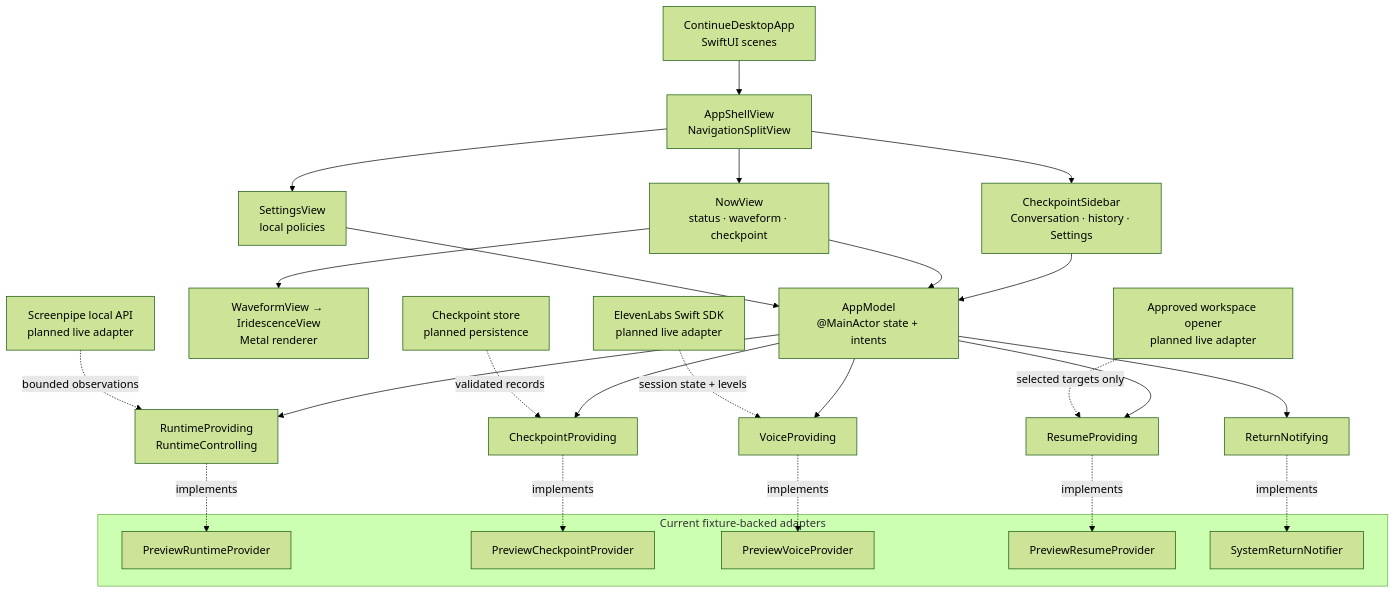
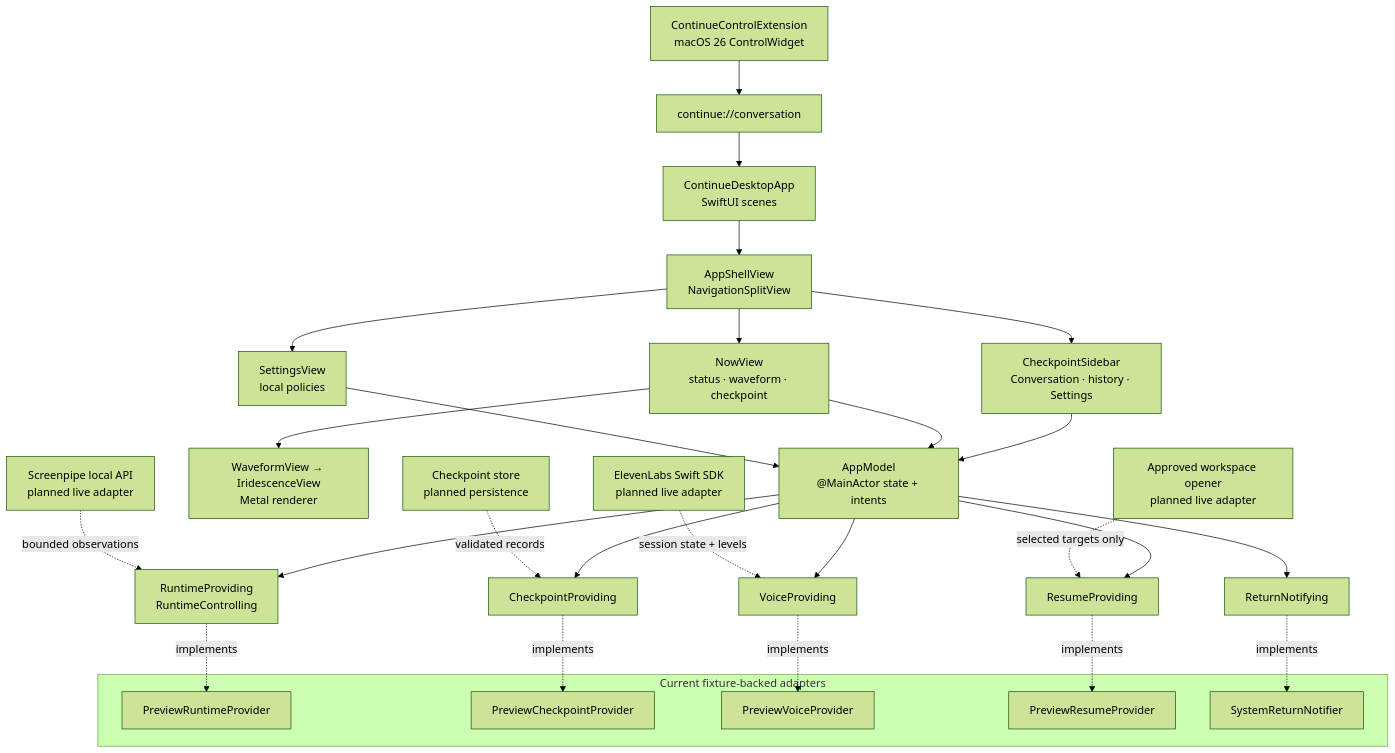
Before and after one commit to Johnnti/continue.ai: the diagram in README.md, drawn with Mermaid (forest theme). The commit also changed other lines of this file and 14 other files, not shown here.

````diff
--- a/README.md
+++ b/README.md
@@ -91,37 +127,39 @@
 ```mermaid
 flowchart TD
     App["ContinueDesktopApp<br/>SwiftUI scenes"] --> Shell["AppShellView<br/>NavigationSplitView"]
+    Control["ContinueControlExtension<br/>macOS 26 ControlWidget"] --> URL["continue://conversation"]
+    URL --> App
     Shell --> Sidebar["CheckpointSidebar<br/>Conversation · history · Settings"]
     Shell --> Now["NowView<br/>status · waveform · checkpoint"]
     Shell --> Settings["SettingsView<br/>local policies"]
 
     Sidebar --> Model["AppModel<br/>@MainActor state + intents"]
     Now --> Model
     Settings --> Model
     Now --> Orb["WaveformView → IridescenceView<br/>Metal renderer"]
 
     Model --> Runtime["RuntimeProviding<br/>RuntimeControlling"]
     Model --> Checkpoints["CheckpointProviding"]
     Model --> Voice["VoiceProviding"]
     Model --> Resume["ResumeProviding"]
     Model --> Notify["ReturnNotifying"]
 
     subgraph Preview["Current fixture-backed adapters"]
         PreviewRuntime["PreviewRuntimeProvider"]
         PreviewCheckpoints["PreviewCheckpointProvider"]
         PreviewVoice["PreviewVoiceProvider"]
         PreviewResume["PreviewResumeProvider"]
         SystemNotify["SystemReturnNotifier"]
     end
 
     Runtime -. implements .-> PreviewRuntime
     Checkpoints -. implements .-> PreviewCheckpoints
     Voice -. implements .-> PreviewVoice
     Resume -. implements .-> PreviewResume
     Notify -. implements .-> SystemNotify
 
     Screenpipe["Screenpipe local API<br/>planned live adapter"] -. bounded observations .-> Runtime
     Store["Checkpoint store<br/>planned persistence"] -. validated records .-> Checkpoints
     VoiceSDK["ElevenLabs Swift SDK<br/>planned live adapter"] -. session state + levels .-> Voice
     Workspace["Approved workspace opener<br/>planned live adapter"] -. selected targets only .-> Resume
 ```
````
